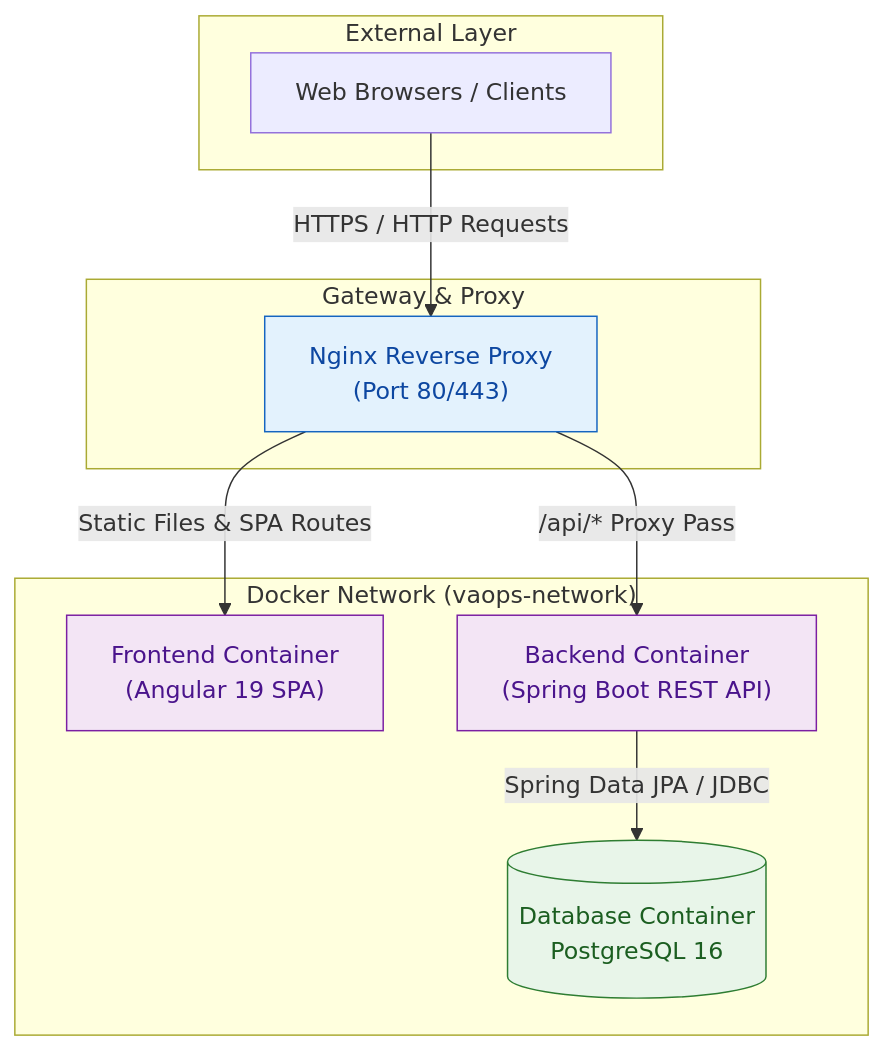
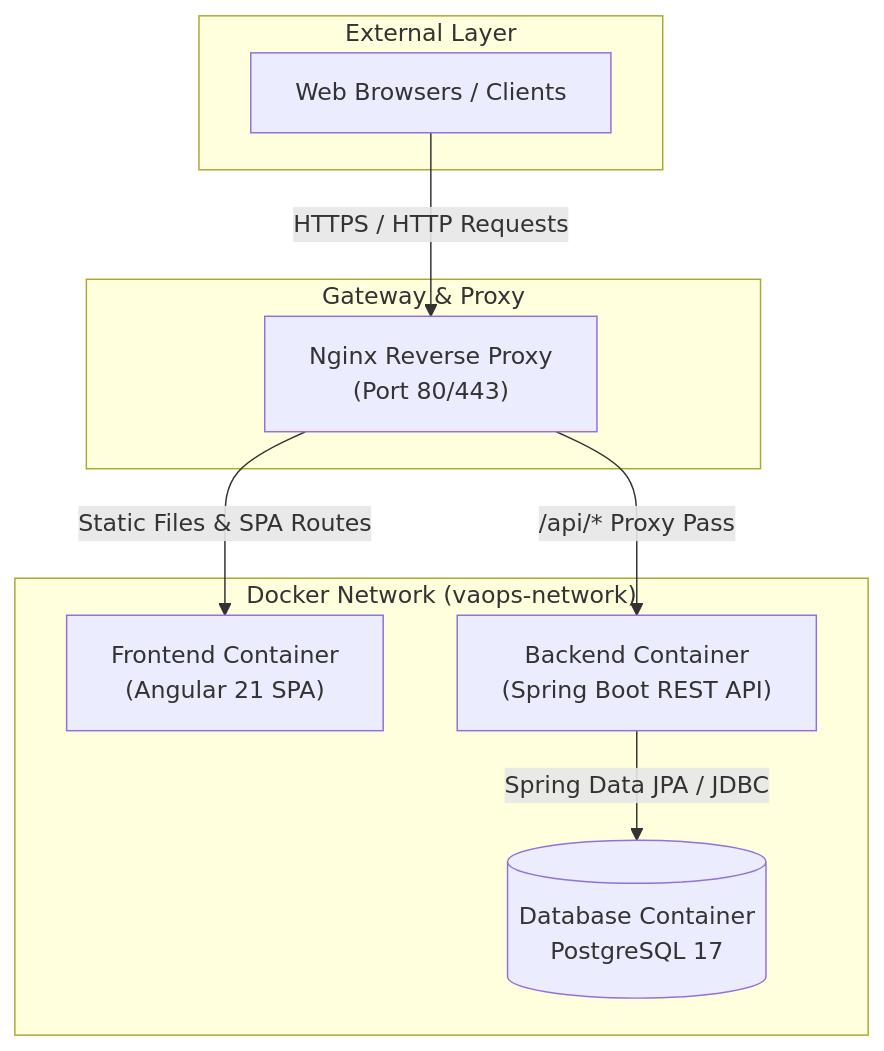
Before and after one commit to MaiTheHao/vaops: the first of 2 diagrams in README.md, drawn with Mermaid. The commit also changed other lines of this file and 1 other file, not shown here.

Commit message:
ci(infra): update workflow and docs

````diff
--- a/README.md
+++ b/README.md
@@ -15,38 +15,24 @@
 ```mermaid
----
-config:
-  theme: default
-  flowchart:
-    curve: basis
----
 flowchart TD
     accTitle: VAOPS System Architecture
     accDescr: High level system architecture showing Nginx reverse proxy routing traffic to Angular frontend and Spring Boot backend connected to PostgreSQL database.
 
     subgraph External["External Layer"]
         Client["Web Browsers / Clients"]
     end
 
     subgraph Gateway["Gateway & Proxy"]
         Nginx["Nginx Reverse Proxy<br/>(Port 80/443)"]
     end
 
     subgraph AppNetwork["Docker Network (vaops-network)"]
-        FE["Frontend Container<br/>(Angular 19 SPA)"]
+        FE["Frontend Container<br/>(Angular 21 SPA)"]
         BE["Backend Container<br/>(Spring Boot REST API)"]
-        DB[("Database Container<br/>PostgreSQL 16")]
+        DB[("Database Container<br/>PostgreSQL 17")]
     end
 
     Client -->|"HTTPS / HTTP Requests"| Nginx
     Nginx -->|"Static Files & SPA Routes"| FE
     Nginx -->|"/api/* Proxy Pass"| BE
     BE -->|"Spring Data JPA / JDBC"| DB
-
-    classDef gatewayClass fill:#e3f2fd,stroke:#1565c0,color:#0d47a1
-    classDef appClass fill:#f3e5f5,stroke:#7b1fa2,color:#4a148c
-    classDef dbClass fill:#e8f5e9,stroke:#2e7d32,color:#1b5e20
-
-    class Nginx gatewayClass
-    class FE,BE appClass
-    class DB dbClass
 ```
````
